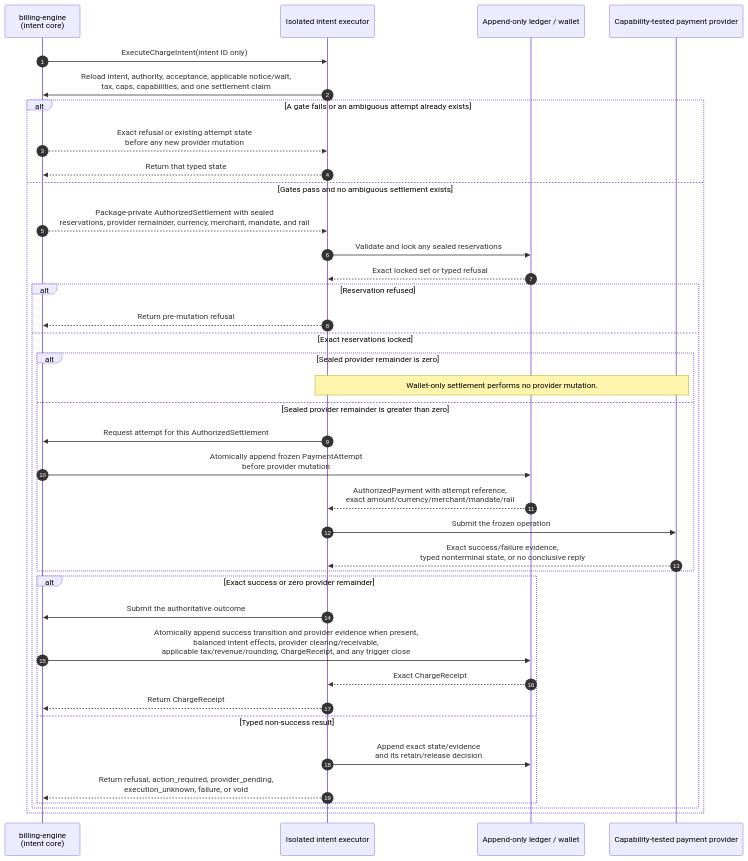
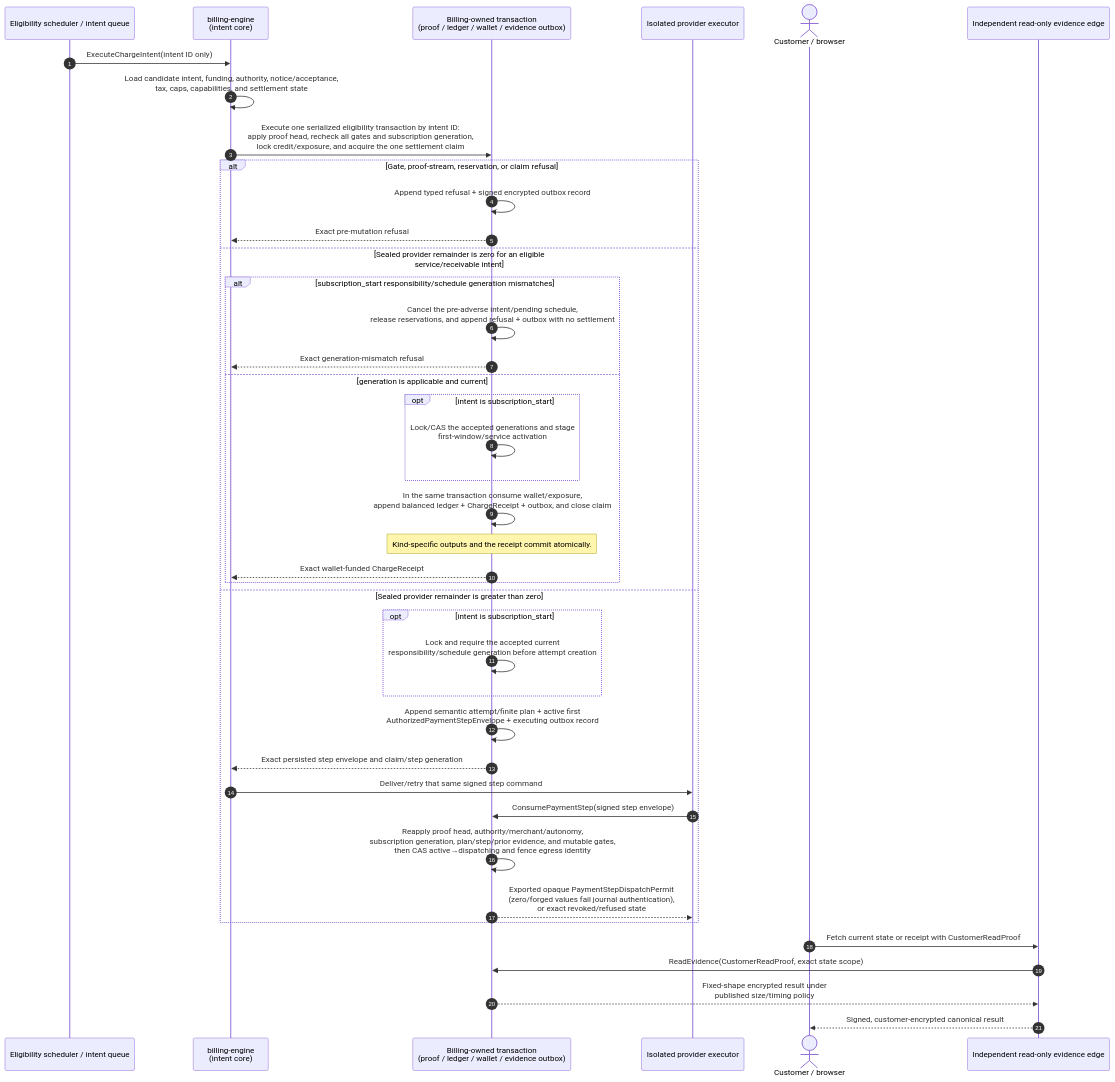
Before and after one commit to mirrorstack-ai/billing-engine: diagram 14 of 17 in README.md, drawn with Mermaid. The commit also changed other lines of this file and 8 other files, not shown here.

Commit message:
docs: harden intent-only billing architecture

````diff
--- a/README.md
+++ b/README.md
@@ -348,41 +750,44 @@
 ```mermaid
 sequenceDiagram
     autonumber
+    participant Scheduler as Eligibility scheduler / intent queue
     participant Core as billing-engine<br/>(intent core)
-    participant Executor as Isolated intent executor
-    participant Ledger as Append-only ledger / wallet
-    participant Provider as Capability-tested payment provider
+    participant State as Billing-owned transaction<br/>(proof / ledger / wallet / evidence outbox)
+    participant Executor as Isolated provider executor
+    actor Customer as Customer / browser
+    participant Evidence as Independent read-only evidence edge
 
-    Core->>Executor: ExecuteChargeIntent(intent ID only)
-    Executor->>Core: Reload intent, authority, acceptance, applicable notice/wait,<br/>tax, caps, capabilities, and one settlement claim
-    alt A gate fails or an ambiguous attempt already exists
-        Core-->>Executor: Exact refusal or existing attempt state<br/>before any new provider mutation
-        Executor-->>Core: Return that typed state
-    else Gates pass and no ambiguous settlement exists
-        Core-->>Executor: Package-private AuthorizedSettlement with sealed<br/>reservations, provider remainder, currency, merchant, mandate, and rail
-        Executor->>Ledger: Validate and lock any sealed reservations
-        Ledger-->>Executor: Exact locked set or typed refusal
-        alt Reservation refused
-            Executor-->>Core: Return pre-mutation refusal
-        else Exact reservations locked
-            alt Sealed provider remainder is zero
-                Note over Executor,Provider: Wallet-only settlement performs no provider mutation.
-            else Sealed provider remainder is greater than zero
-                Executor->>Core: Request attempt for this AuthorizedSettlement
-                Core->>Ledger: Atomically append frozen PaymentAttempt<br/>before provider mutation
-                Ledger-->>Executor: AuthorizedPayment with attempt reference,<br/>exact amount/currency/merchant/mandate/rail
-                Executor->>Provider: Submit the frozen operation
-                Provider-->>Executor: Exact success/failure evidence,<br/>typed nonterminal state, or no conclusive reply
+    Scheduler->>Core: ExecuteChargeIntent(intent ID only)
+    Core->>Core: Load candidate intent, funding, authority, notice/acceptance,<br/>tax, caps, capabilities, and settlement state
+    Core->>State: Execute one serialized eligibility transaction by intent ID:<br/>apply proof head, recheck all gates and subscription generation,<br/>lock credit/exposure, and acquire the one settlement claim
+    alt Gate, proof-stream, reservation, or claim refusal
+        State->>State: Append typed refusal + signed encrypted outbox record
+        State-->>Core: Exact pre-mutation refusal
+    else Sealed provider remainder is zero for an eligible<br/>service/receivable intent
+        alt subscription_start responsibility/schedule generation mismatches
+            State->>State: Cancel the pre-adverse intent/pending schedule,<br/>release reservations, and append refusal + outbox with no settlement
+            State-->>Core: Exact generation-mismatch refusal
+        else generation is applicable and current
+            opt intent is subscription_start
+                State->>State: Lock/CAS the accepted generations and stage<br/>first-window/service activation
             end
-            alt Exact success or zero provider remainder
-                Executor->>Core: Submit the authoritative outcome
-                Core->>Ledger: Atomically append success transition and provider evidence when present,<br/>balanced intent effects, provider clearing/receivable,<br/>applicable tax/revenue/rounding, ChargeReceipt, and any trigger close
-                Ledger-->>Executor: Exact ChargeReceipt
-                Executor-->>Core: Return ChargeReceipt
-            else Typed non-success result
-                Executor->>Ledger: Append exact state/evidence<br/>and its retain/release decision
-                Executor-->>Core: Return refusal, action_required, provider_pending,<br/>execution_unknown, failure, or void
-            end
+            State->>State: In the same transaction consume wallet/exposure,<br/>append balanced ledger + ChargeReceipt + outbox, and close claim
+            Note over State: Kind-specific outputs and the receipt commit atomically.
+            State-->>Core: Exact wallet-funded ChargeReceipt
         end
+    else Sealed provider remainder is greater than zero
+        opt intent is subscription_start
+            State->>State: Lock and require the accepted current<br/>responsibility/schedule generation before attempt creation
+        end
+        State->>State: Append semantic attempt/finite plan + active first<br/>AuthorizedPaymentStepEnvelope + executing outbox record
+        State-->>Core: Exact persisted step envelope and claim/step generation
+        Core->>Executor: Deliver/retry that same signed step command
+        Executor->>State: ConsumePaymentStep(signed step envelope)
+        State->>State: Reapply proof head, authority/merchant/autonomy,<br/>subscription generation, plan/step/prior evidence, and mutable gates,<br/>then CAS active→dispatching and fence egress identity
+        State-->>Executor: Exported opaque PaymentStepDispatchPermit<br/>(zero/forged values fail journal authentication),<br/>or exact revoked/refused state
     end
+    Customer->>Evidence: Fetch current state or receipt with CustomerReadProof
+    Evidence->>State: ReadEvidence(CustomerReadProof, exact state scope)
+    State-->>Evidence: Fixed-shape encrypted result under<br/>published size/timing policy
+    Evidence-->>Customer: Signed, customer-encrypted canonical result
 ```
````
